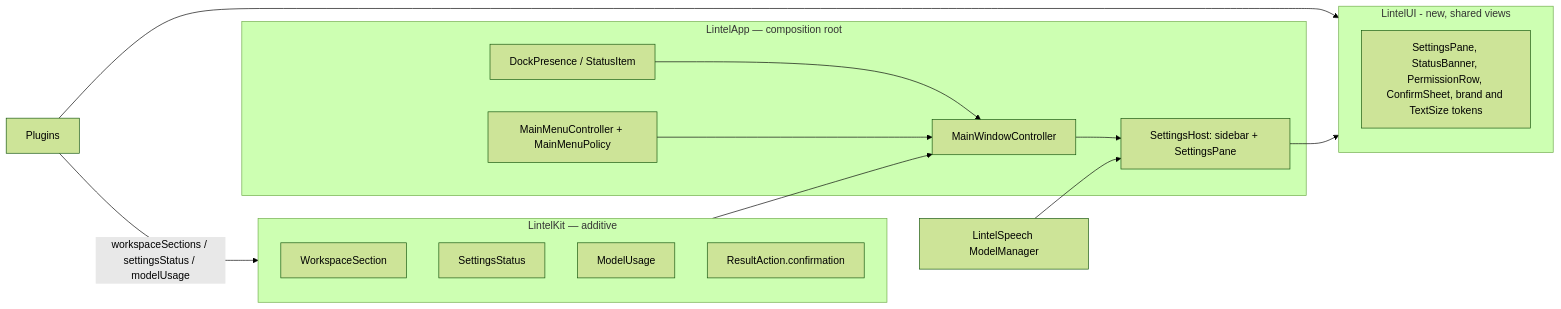
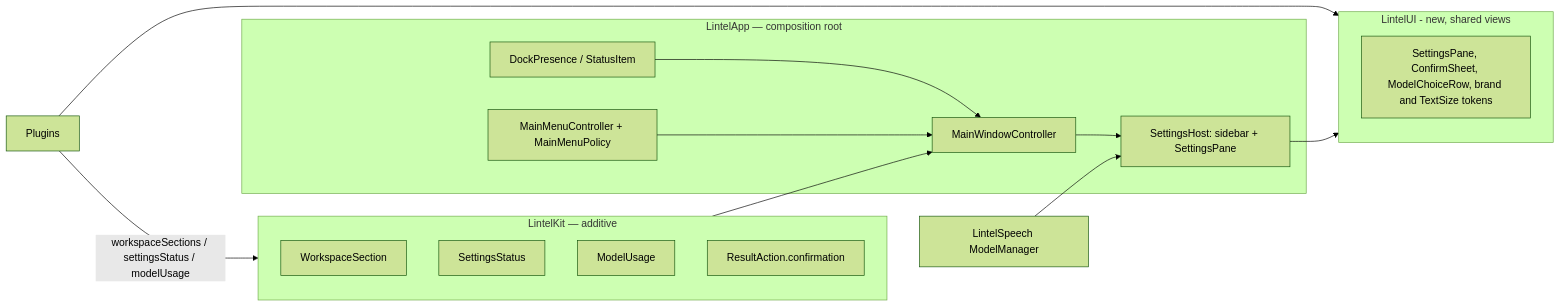
Before and after one commit to mjozefiak/Pounce: the diagram in .ai/specs/2026-11-04-lintel-main-window.md, drawn with Mermaid (forest theme). The commit also changed other lines of this file and 2 other files, not shown here.

````diff
--- a/.ai/specs/2026-11-04-lintel-main-window.md
+++ b/.ai/specs/2026-11-04-lintel-main-window.md
@@ -53,26 +53,26 @@
 ```mermaid
 flowchart LR
   subgraph Shell[LintelApp  — composition root]
     MW[MainWindowController]
     ST[SettingsHost: sidebar + SettingsPane]
     MM[MainMenuController + MainMenuPolicy]
     DK[DockPresence / StatusItem]
   end
   subgraph UI[LintelUI - new, shared views]
-    CMP[SettingsPane, StatusBanner, PermissionRow, ConfirmSheet, brand and TextSize tokens]
+    CMP[SettingsPane, ConfirmSheet, ModelChoiceRow, brand and TextSize tokens]
   end
   subgraph Kit[LintelKit — additive]
     WS[WorkspaceSection]
     SS[SettingsStatus]
     MU[ModelUsage]
     RC[ResultAction.confirmation]
   end
   P1[Plugins] -- workspaceSections / settingsStatus / modelUsage --> Kit
   Kit --> MW
   DK --> MW
   MM --> MW
   MW --> ST
   Speech[LintelSpeech ModelManager] --> ST
   P1 --> UI
   ST --> UI
 ```
````
